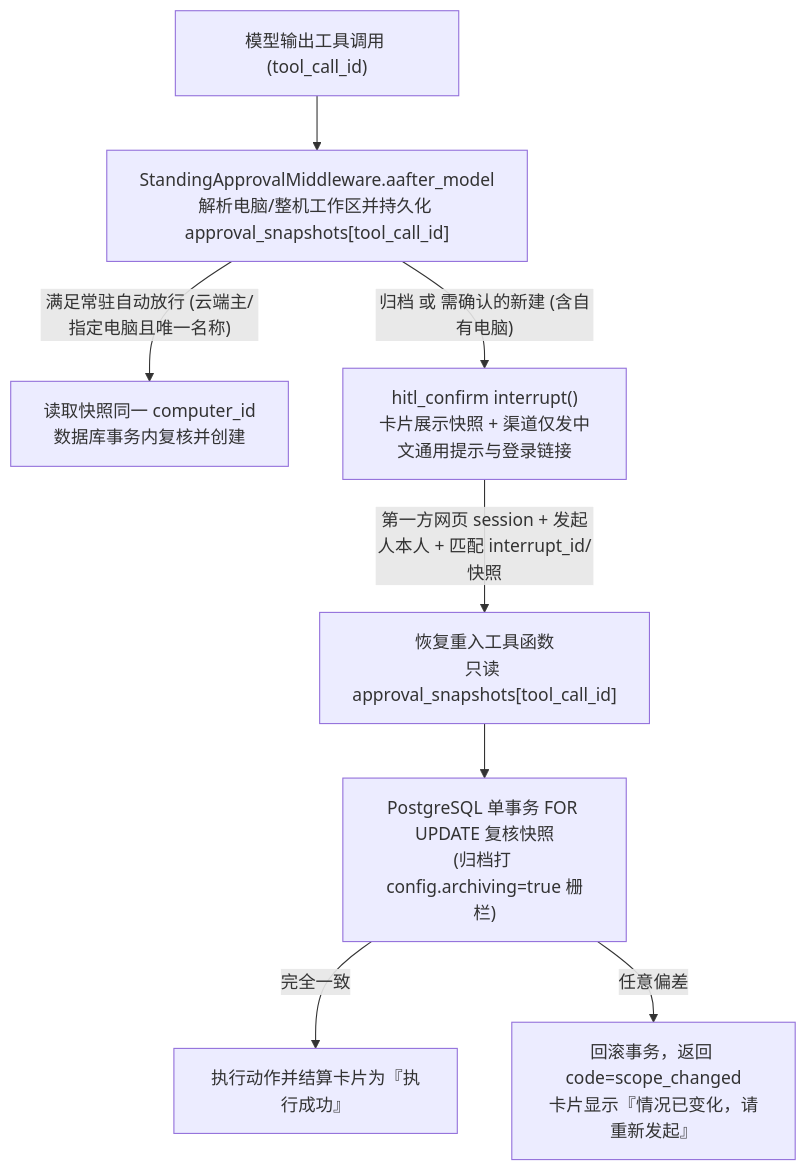
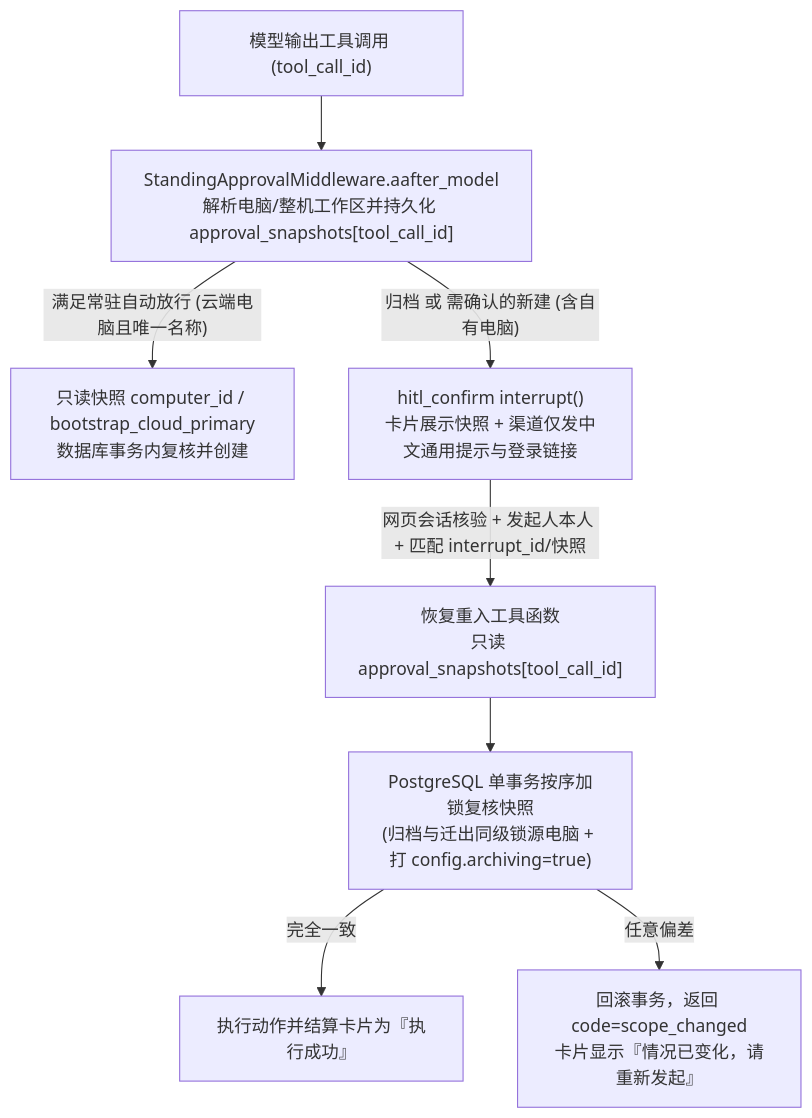
One commit to everflowinv/dalton-langalpha changed the diagram in docs/dalton/features/cos-settings-tools.md. Above: the diagram before and after it, drawn with Mermaid. The commit also changed other lines of this file, not shown here.

````diff
--- a/docs/dalton/features/cos-settings-tools.md
+++ b/docs/dalton/features/cos-settings-tools.md
@@ -85,10 +85,10 @@
 ```mermaid
 flowchart TD
     M["模型输出工具调用 (tool_call_id)"] --> MW["StandingApprovalMiddleware.aafter_model<br/>解析电脑/整机工作区并持久化 approval_snapshots[tool_call_id]"]
-    MW -->|"满足常驻自动放行 (云端主/指定电脑且唯一名称)"| EXEC_CREATE["读取快照同一 computer_id<br/>数据库事务内复核并创建"]
+    MW -->|"满足常驻自动放行 (云端电脑且唯一名称)"| EXEC_CREATE["只读快照 computer_id / bootstrap_cloud_primary<br/>数据库事务内复核并创建"]
     MW -->|"归档 或 需确认的新建 (含自有电脑)"| INT["hitl_confirm interrupt()<br/>卡片展示快照 + 渠道仅发中文通用提示与登录链接"]
-    INT -->|"第一方网页 session + 发起人本人 + 匹配 interrupt_id/快照"| RESUME["恢复重入工具函数<br/>只读 approval_snapshots[tool_call_id]"]
-    RESUME --> TX["PostgreSQL 单事务 FOR UPDATE 复核快照<br/>(归档打 config.archiving=true 栅栏)"]
+    INT -->|"网页会话核验 + 发起人本人 + 匹配 interrupt_id/快照"| RESUME["恢复重入工具函数<br/>只读 approval_snapshots[tool_call_id]"]
+    RESUME --> TX["PostgreSQL 单事务按序加锁复核快照<br/>(归档与迁出同级锁源电脑 + 打 config.archiving=true)"]
     TX -->|"完全一致"| DONE["执行动作并结算卡片为『执行成功』"]
     TX -->|"任意偏差"| ABORT["回滚事务，返回 code=scope_changed<br/>卡片显示『情况已变化，请重新发起』"]
 ```
````
